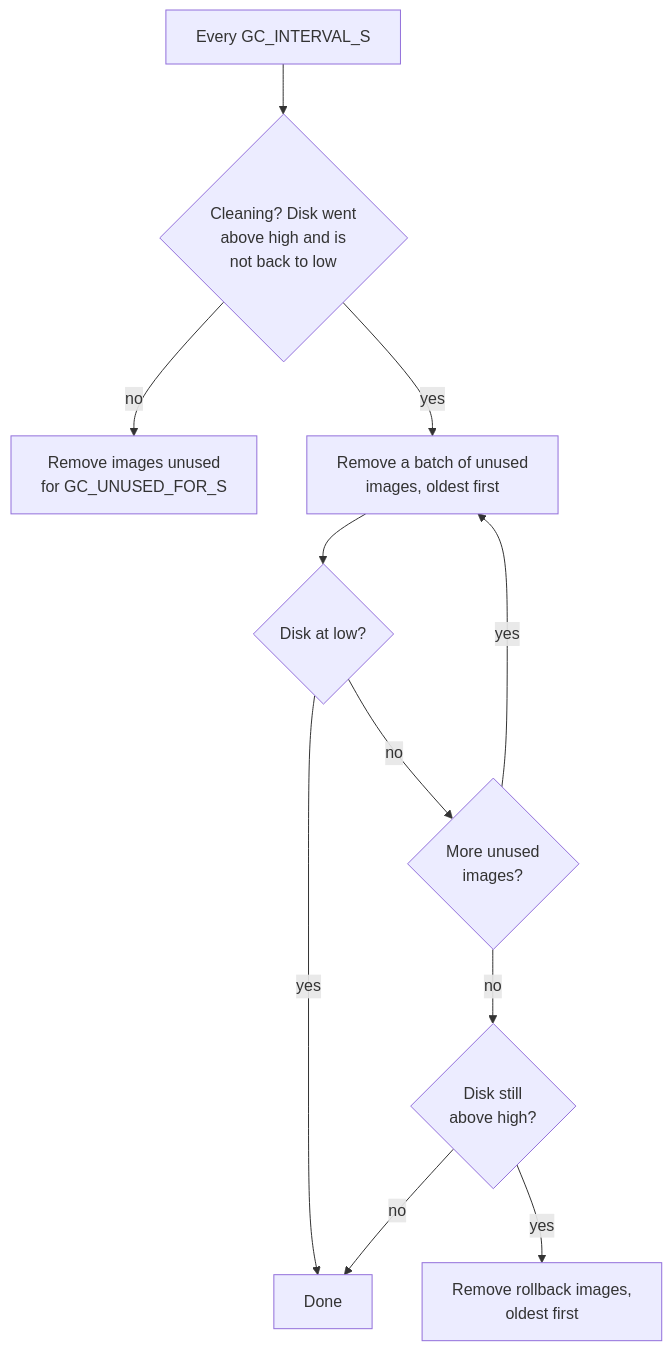
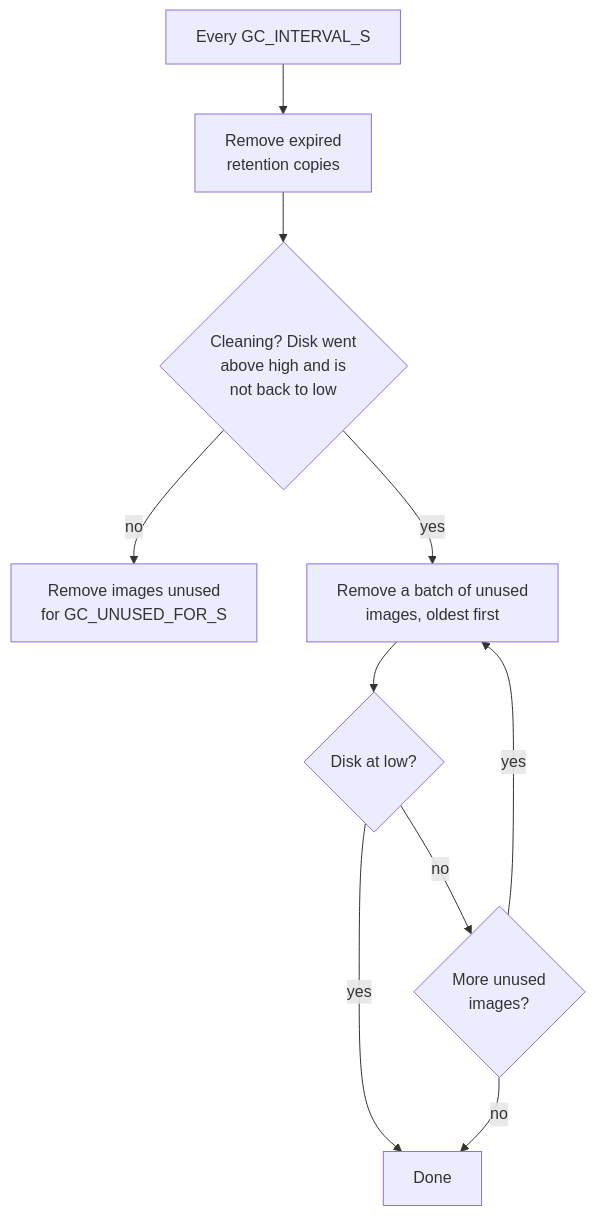
The first of 2 diagrams in docs/image-cleanup.md (hatam-abolghasemi/Angry-Duck), drawn with Mermaid before and after one commit. The commit also changed other lines of this file and 15 other files, not shown here.

Commit message:
docs(cleanup): retention copies, the switch tree and the new defaults

````diff
--- a/docs/image-cleanup.md
+++ b/docs/image-cleanup.md
@@ -19,13 +23,12 @@
 ```mermaid
 flowchart TD
-    A[Every GC_INTERVAL_S] --> B{Cleaning? Disk went<br/>above high and is<br/>not back to low}
+    A[Every GC_INTERVAL_S] --> R[Remove expired<br/>retention copies]
+    R --> B{Cleaning? Disk went<br/>above high and is<br/>not back to low}
     B -- no --> C[Remove images unused<br/>for GC_UNUSED_FOR_S]
     B -- yes --> D[Remove a batch of unused<br/>images, oldest first]
     D --> E{Disk at low?}
     E -- yes --> F[Done]
     E -- no --> M{More unused<br/>images?}
     M -- yes --> D
-    M -- no --> G{Disk still<br/>above high?}
-    G -- yes --> H[Remove rollback images,<br/>oldest first]
-    G -- no --> F
+    M -- no --> F
 ```
````
